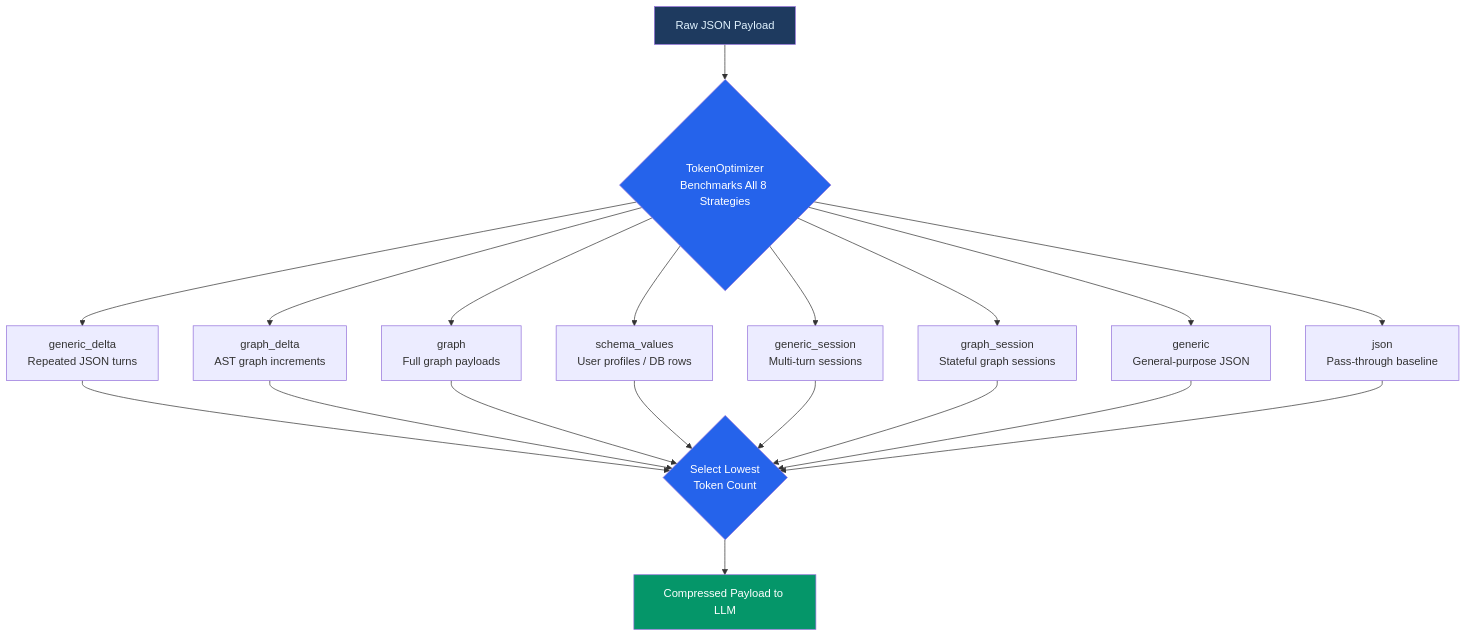
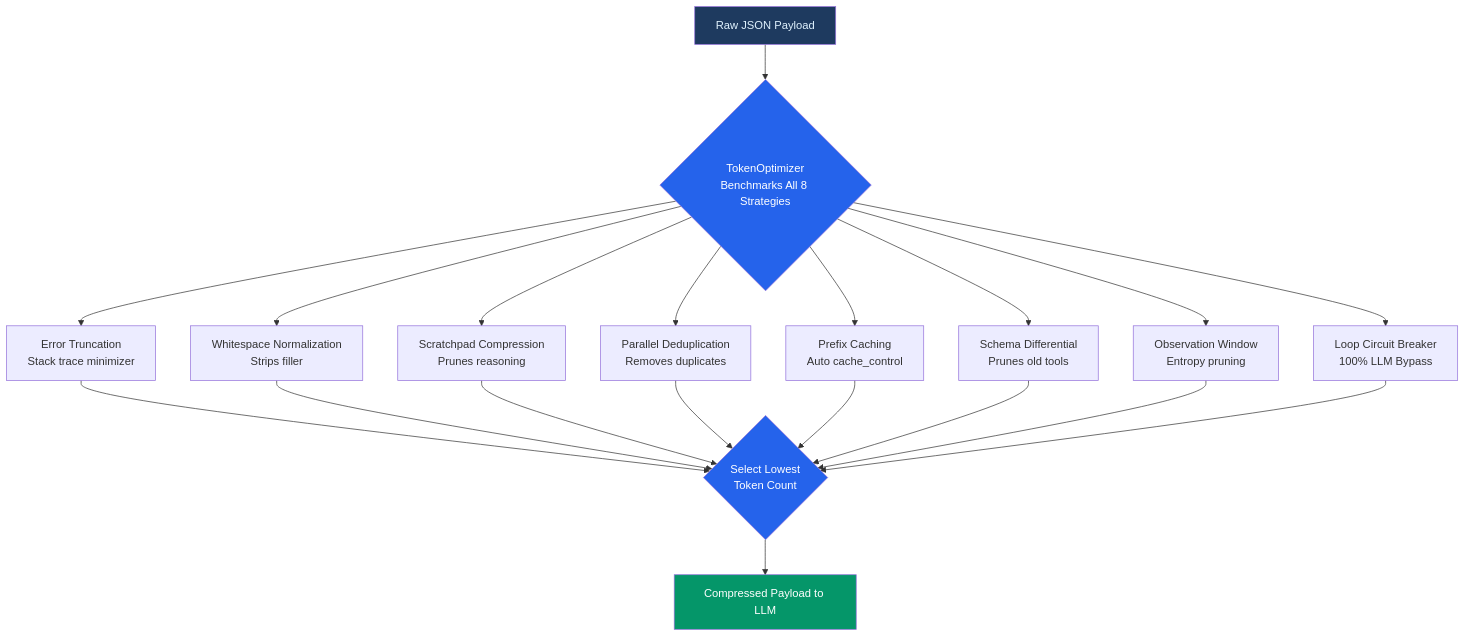
One commit to chaitanya-sharmaa/axon changed the third of 9 diagrams in docs/architecture.md. Above: the diagram before and after it, drawn with Mermaid. The commit also changed other lines of this file and 2 other files, not shown here.

Commit message:
Fix false benchmark data in internal documentation

````diff
--- a/docs/architecture.md
+++ b/docs/architecture.md
@@ -108,28 +108,28 @@
 ```mermaid
 graph TD
     Input["Raw JSON Payload"]:::input --> Bench{"TokenOptimizer\nBenchmarks All 8 Strategies"}:::axon
 
-    Bench --> S1["generic_delta\nRepeated JSON turns"]
-    Bench --> S2["graph_delta\nAST graph increments"]
-    Bench --> S3["graph\nFull graph payloads"]
-    Bench --> S4["schema_values\nUser profiles / DB rows"]
-    Bench --> S5["generic_session\nMulti-turn sessions"]
-    Bench --> S6["graph_session\nStateful graph sessions"]
-    Bench --> S7["generic\nGeneral-purpose JSON"]
-    Bench --> S8["json\nPass-through baseline"]
+    Bench --> S1["Error Truncation\nStack trace minimizer"]
+    Bench --> S2["Whitespace Normalization\nStrips filler"]
+    Bench --> S3["Scratchpad Compression\nPrunes reasoning"]
+    Bench --> S4["Parallel Deduplication\nRemoves duplicates"]
+    Bench --> S5["Prefix Caching\nAuto cache_control"]
+    Bench --> S6["Schema Differential\nPrunes old tools"]
+    Bench --> S7["Observation Window\nEntropy pruning"]
+    Bench --> S8["Loop Circuit Breaker\n100% LLM Bypass"]
 
     S1 --> Pick{"Select Lowest\nToken Count"}:::axon
     S2 --> Pick
     S3 --> Pick
     S4 --> Pick
     S5 --> Pick
     S6 --> Pick
     S7 --> Pick
     S8 --> Pick
 
     Pick --> Out["Compressed Payload to LLM"]:::output
 
     classDef input fill:#1e3a5f,color:#e0f2fe
     classDef axon fill:#2563eb,color:#fff
     classDef output fill:#059669,color:#fff
 ```
````
